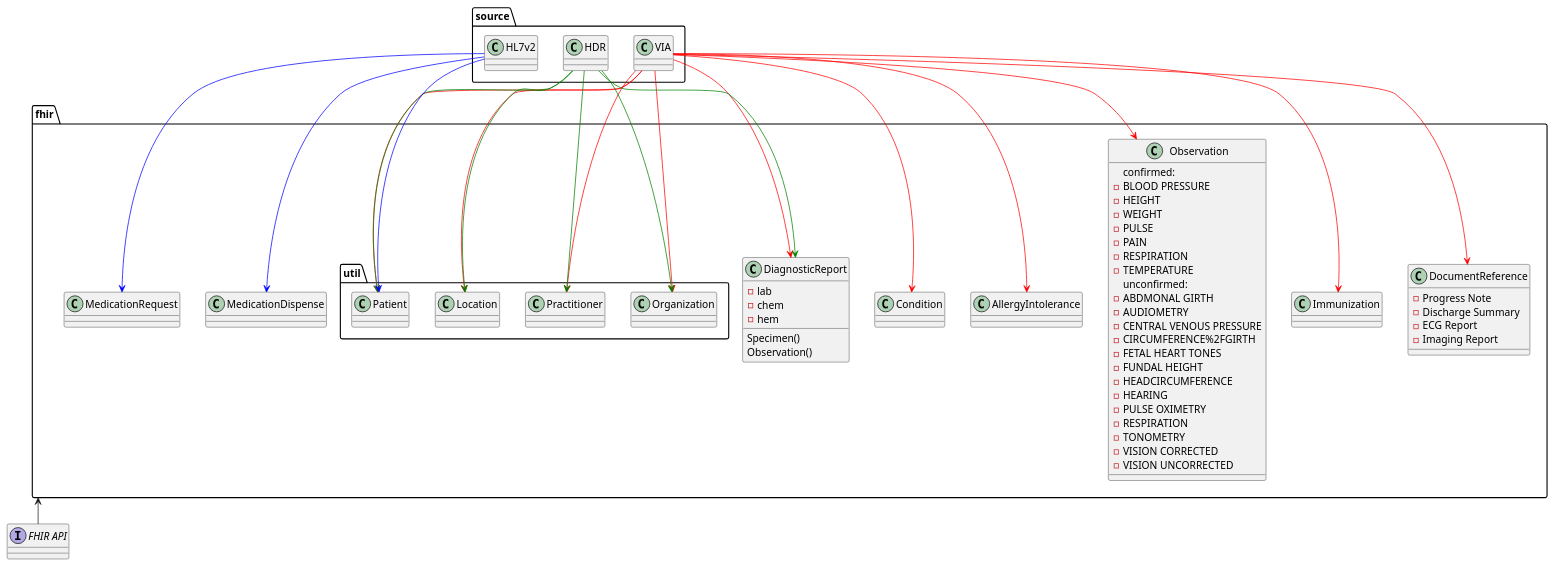
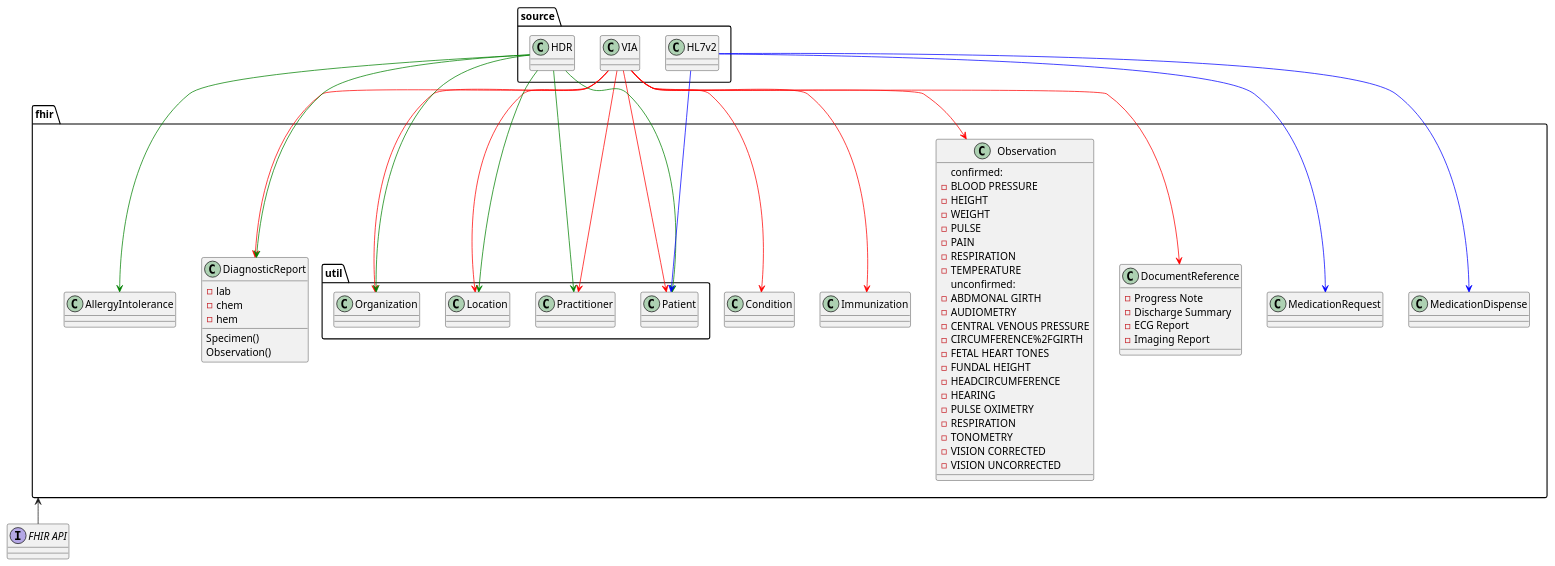
One commit to department-of-veterans-affairs/mhv-fhir-phr-mapping changed the diagram in input/images-source/data-flow.plantuml. Above: the diagram before and after it, drawn with PlantUML. The commit also changed 1 other file, not shown here.

Commit message:
correct diagram on Allergy from HDR

```diff
--- a/input/images-source/data-flow.plantuml
+++ b/input/images-source/data-flow.plantuml
@@ -1,90 +1,92 @@
 @startuml
 
 
 package source {
+    class source.HL7v2
     class source.VIA
     class source.HDR
-    class source.HL7v2
 }
 
 package fhir {
     package util {
         class fhir.util.Patient
         class fhir.util.Practitioner
         class fhir.util.Location
         class fhir.util.Organization
     }
     class fhir.AllergyIntolerance
+    class fhir.Immunization
     class fhir.Condition
     class fhir.DiagnosticReport {
         - lab
         - chem 
         - hem 
         Specimen()
         Observation()
     }
 
     class fhir.DocumentReference {
         - Progress Note 
         - Discharge Summary
         - ECG Report
         - Imaging Report
     }
-    class fhir.Immunization
     class fhir.Observation {
 confirmed:
 - BLOOD PRESSURE 
 - HEIGHT
 - WEIGHT
 - PULSE 
 - PAIN 
 - RESPIRATION 
 - TEMPERATURE 
 unconfirmed:
 - ABDMONAL GIRTH
 - AUDIOMETRY
 - CENTRAL VENOUS PRESSURE
 - CIRCUMFERENCE%2FGIRTH
 - FETAL HEART TONES
 - FUNDAL HEIGHT
 - HEADCIRCUMFERENCE
 - HEARING
 - PULSE OXIMETRY
 - RESPIRATION
 - TONOMETRY
 - VISION CORRECTED
 - VISION UNCORRECTED
     }
     class fhir.MedicationRequest
     class fhir.MedicationDispense
 
 }
 
+source.HL7v2 -[#blue]down-> fhir.MedicationRequest
+source.HL7v2 -[#blue]down-> fhir.MedicationDispense
+
+
 source.VIA -[#red]down-> fhir.util.Patient
 source.VIA -[#red]down-> fhir.util.Practitioner
 source.VIA -[#red]down-> fhir.util.Location
 source.VIA -[#red]down-> fhir.util.Organization
 
 source.HDR -[#green]down-> fhir.util.Patient
 source.HDR -[#green]down-> fhir.util.Practitioner
 source.HDR -[#green]down-> fhir.util.Location
 source.HDR -[#green]down-> fhir.util.Organization
 
 source.HL7v2 -[#blue]down-> fhir.util.Patient
 
 source.VIA -[#red]down-> fhir.Observation
 source.VIA -[#red]down-> fhir.DiagnosticReport
-source.VIA -[#red]down-> fhir.AllergyIntolerance
+
 source.VIA -[#red]down-> fhir.Condition
 source.VIA -[#red]down-> fhir.DocumentReference
 source.VIA -[#red]down-> fhir.Immunization
 
 source.HDR -[#green]down-> fhir.DiagnosticReport
-
-source.HL7v2 -[#blue]down-> fhir.MedicationRequest
-source.HL7v2 -[#blue]down-> fhir.MedicationDispense
+source.HDR -[#green]down-> fhir.AllergyIntolerance
 
 interface "FHIR API" as API 
 API -up-> fhir
 
 @enduml
```
